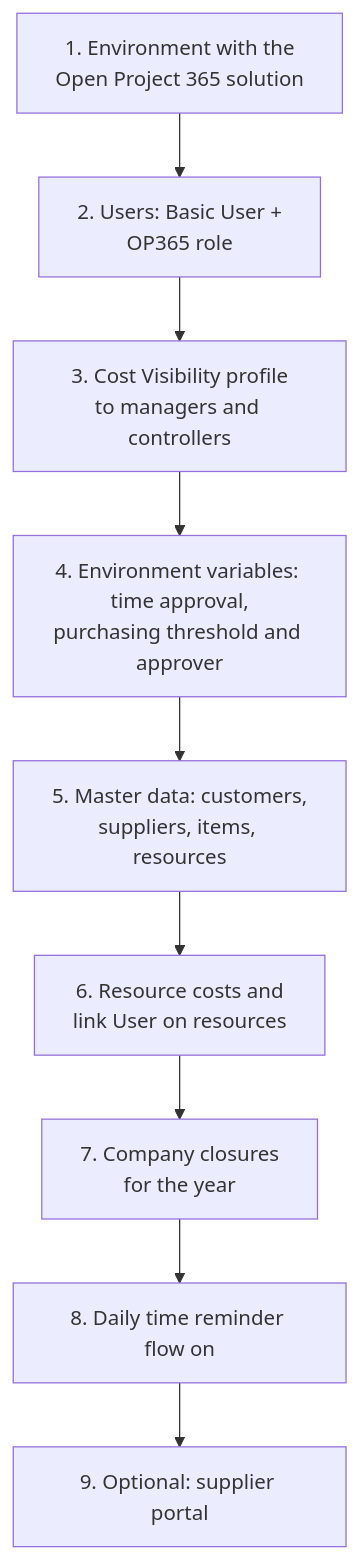
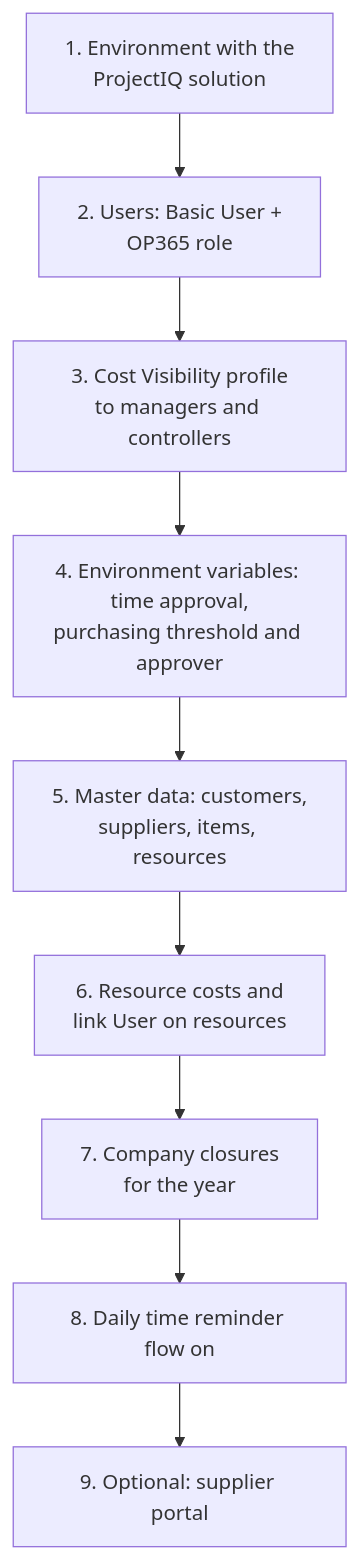
Before and after one commit to Power-Builders-Italia/ProjectIQ: the first of 2 diagrams in docs/en/administration.md, drawn with Mermaid. The commit also changed other lines of this file and 84 other files, not shown here.

First line of the commit message:
Rebrand product from Open Project 365 to ProjectIQ (#52)

````diff
--- a/docs/en/administration.md
+++ b/docs/en/administration.md
@@ -10,11 +10,11 @@
 ```mermaid
 flowchart TD
-    A[1. Environment with the<br/>Open Project 365 solution] --> B[2. Users: Basic User +<br/>OP365 role]
+    A[1. Environment with the<br/>ProjectIQ solution] --> B[2. Users: Basic User +<br/>OP365 role]
     B --> C[3. Cost Visibility profile<br/>to managers and controllers]
     C --> D[4. Environment variables: time approval,<br/>purchasing threshold and approver]
     D --> E[5. Master data: customers,<br/>suppliers, items, resources]
     E --> F[6. Resource costs and<br/>link User on resources]
     F --> G[7. Company closures<br/>for the year]
     G --> H[8. Daily time reminder flow on]
     H --> I[9. Optional: supplier portal]
 ```
````
